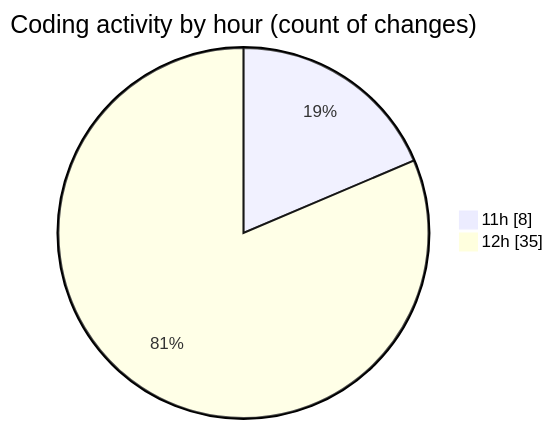
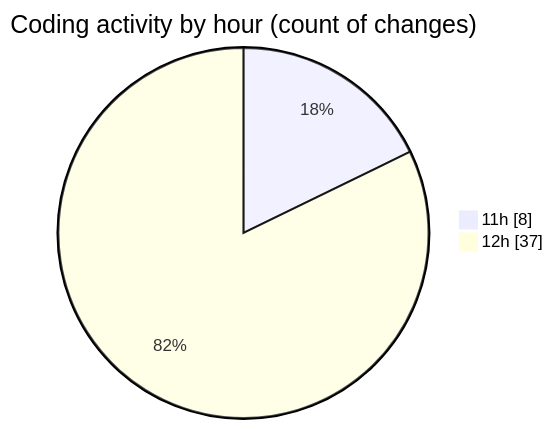
Before and after one commit to BS-eng2023/code-tracking: the second of 2 diagrams in 2025-05-04/project/README.md, drawn with Mermaid. The commit also changed other lines of this file and 1 other file, not shown here.

````diff
--- a/2025-05-04/project/README.md
+++ b/2025-05-04/project/README.md
@@ -46,6 +46,6 @@
 ```mermaid
 pie showData
 title Coding activity by hour (count of changes)
 "11h" : 8
-"12h" : 35
+"12h" : 37
 ```
````
